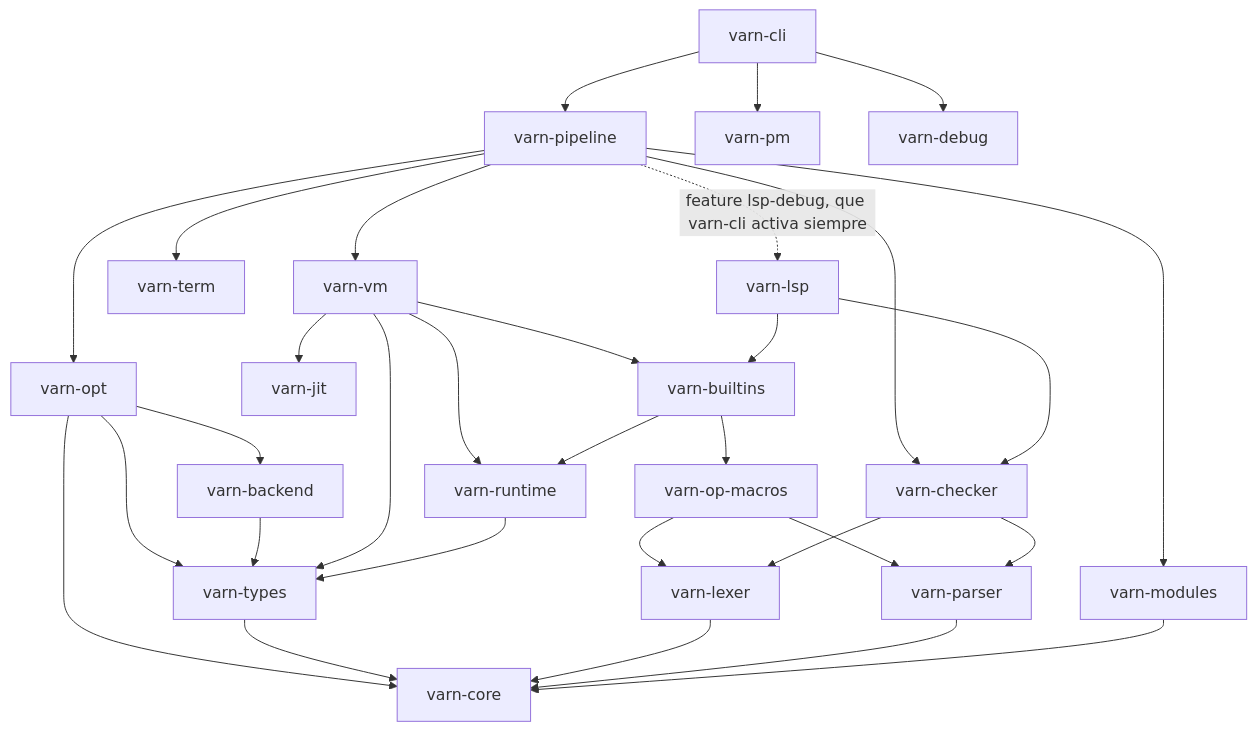
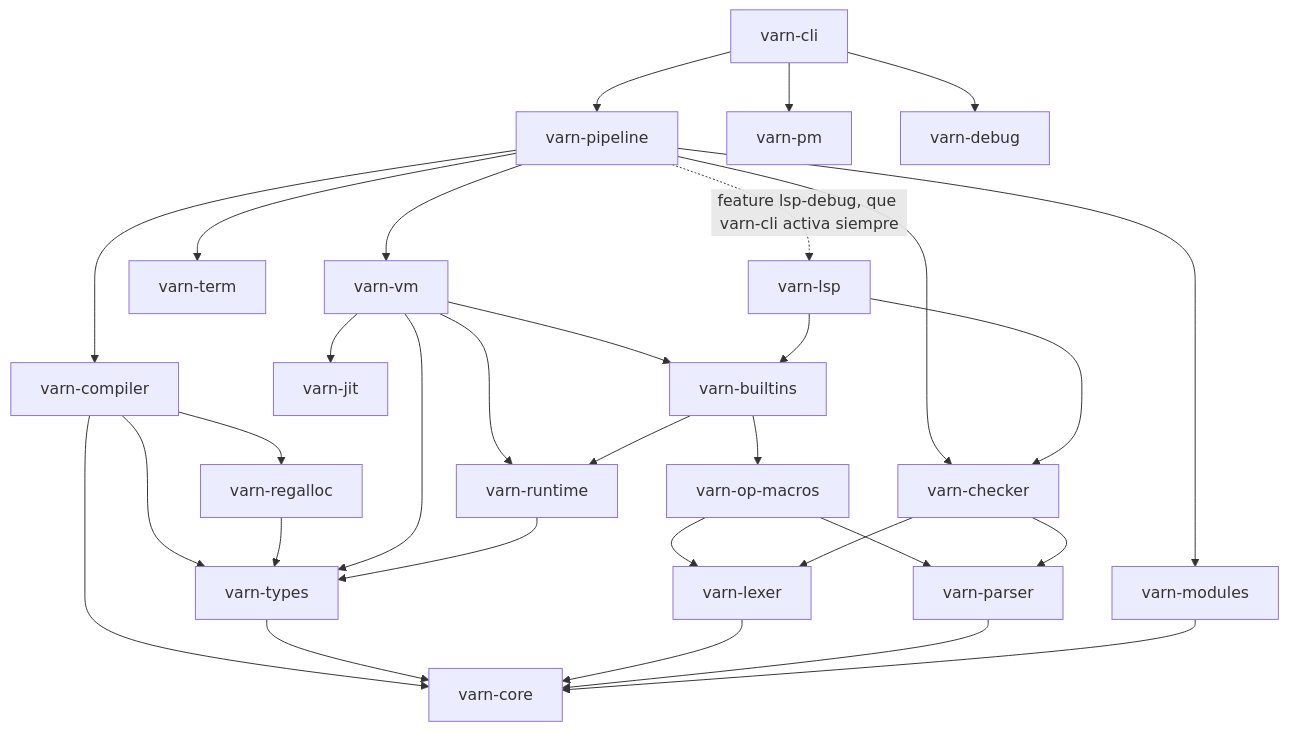
The diagram in docs/CRATES_STATE.md (carlos-burelo/varn), drawn with Mermaid before and after one commit. The commit also changed other lines of this file and 65 other files, not shown here.

````diff
--- a/docs/CRATES_STATE.md
+++ b/docs/CRATES_STATE.md
@@ -22,39 +22,39 @@
 ```mermaid
 graph TD
     CLI["varn-cli"] --> Pipeline["varn-pipeline"]
     CLI --> PM["varn-pm"]
     CLI --> Debug["varn-debug"]
 
     Pipeline --> Checker["varn-checker"]
-    Pipeline --> Opt["varn-opt"]
+    Pipeline --> Opt["varn-compiler"]
     Pipeline --> VM["varn-vm"]
     Pipeline --> Modules["varn-modules"]
     Pipeline --> Term["varn-term"]
     Pipeline -.->|"feature lsp-debug, que varn-cli activa siempre"| LSP["varn-lsp"]
 
-    Opt --> Backend["varn-backend"]
+    Opt --> Backend["varn-regalloc"]
     Opt --> Core["varn-core"]
     Opt --> Types["varn-types"]
     Backend --> Types
 
     VM --> Types
     VM --> JIT["varn-jit"]
     VM --> Builtins["varn-builtins"]
     VM --> Runtime["varn-runtime"]
 
     Builtins --> OpMacros["varn-op-macros"]
     Builtins --> Runtime
     OpMacros --> Parser["varn-parser"]
     OpMacros --> Lexer["varn-lexer"]
 
     Checker --> Lexer
     Checker --> Parser
     LSP --> Checker
     LSP --> Builtins
 
     Types --> Core
     Runtime --> Types
     Lexer --> Core
     Parser --> Core
     Modules --> Core
 ```
````
